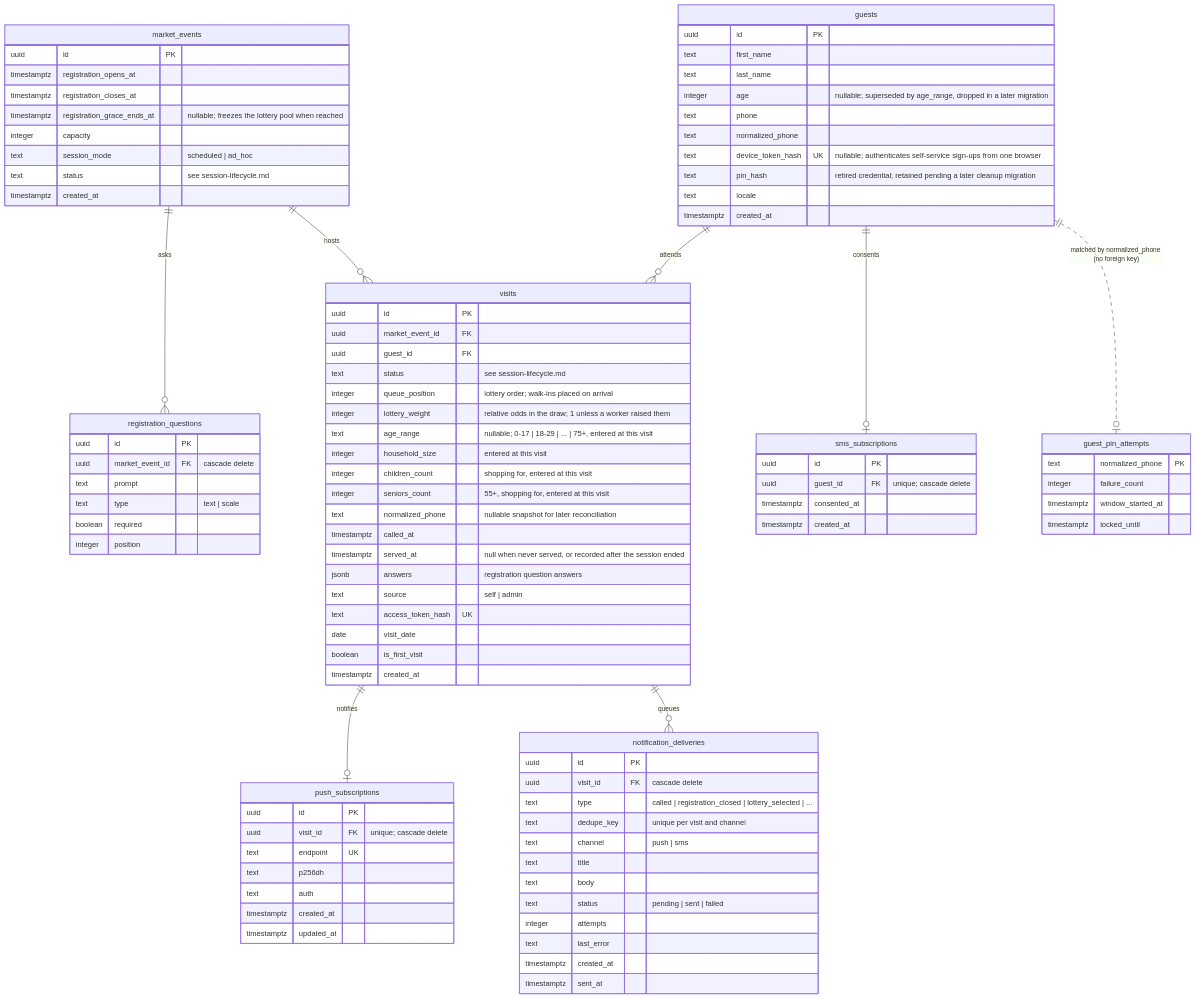
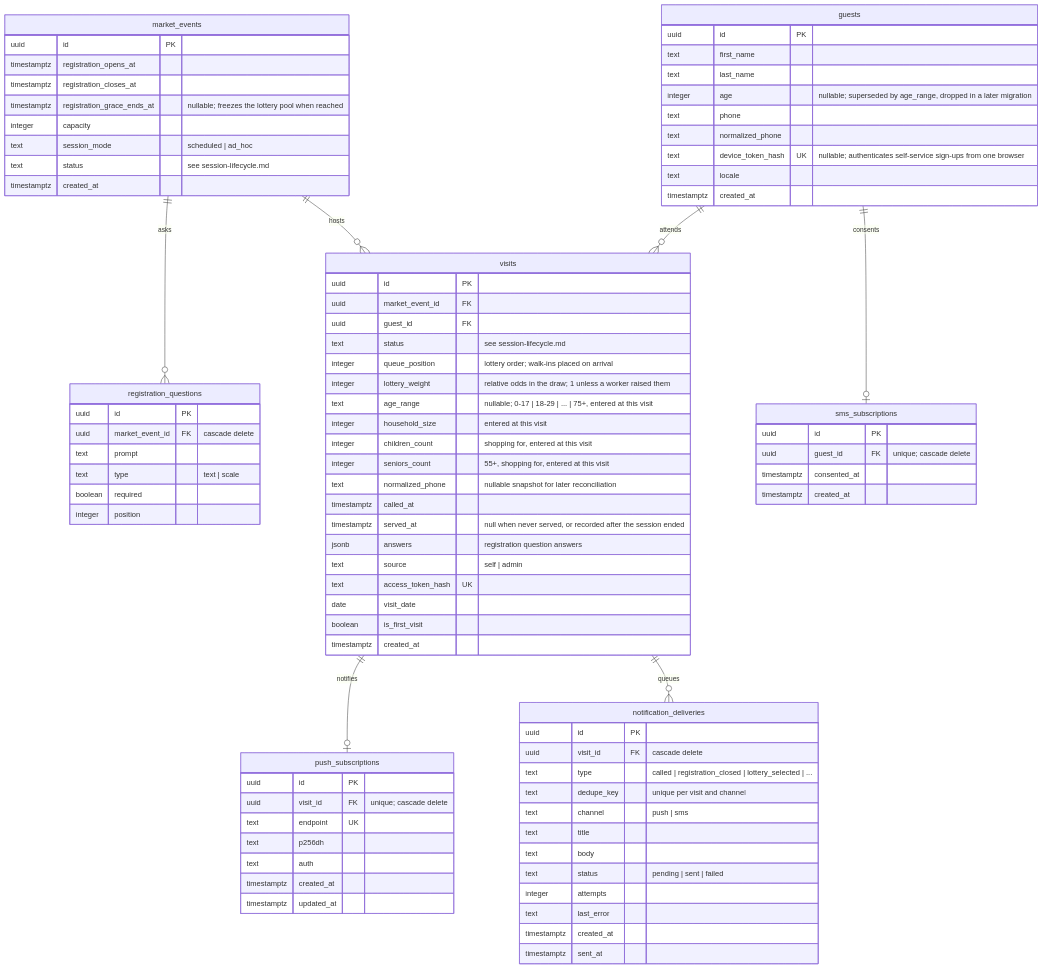
One commit to bay-compassion/food-market-app changed the diagram in docs/data-model.md. Above: the diagram before and after it, drawn with Mermaid. The commit also changed other lines of this file and 6 other files, not shown here.

First line of the commit message:
chore: remove retired PIN credentials and device token fallback (#88)

````diff
--- a/docs/data-model.md
+++ b/docs/data-model.md
@@ -21,7 +21,6 @@
     visits ||--o| push_subscriptions : "notifies"
     guests ||--o| sms_subscriptions : "consents"
     visits ||--o{ notification_deliveries : "queues"
-    guests ||..o| guest_pin_attempts : "matched by normalized_phone (no foreign key)"
 
     market_events {
         uuid id PK
@@ -51,7 +50,6 @@
         text phone
         text normalized_phone
 		text device_token_hash UK "nullable; authenticates self-service sign-ups from one browser"
-		text pin_hash "retired credential; retained pending a later cleanup migration"
         text locale
         timestamptz created_at
     }
@@ -109,11 +107,4 @@
         timestamptz consented_at
         timestamptz created_at
     }
-
-    guest_pin_attempts {
-        text normalized_phone PK
-        integer failure_count
-        timestamptz window_started_at
-        timestamptz locked_until
-    }
 ```
````
